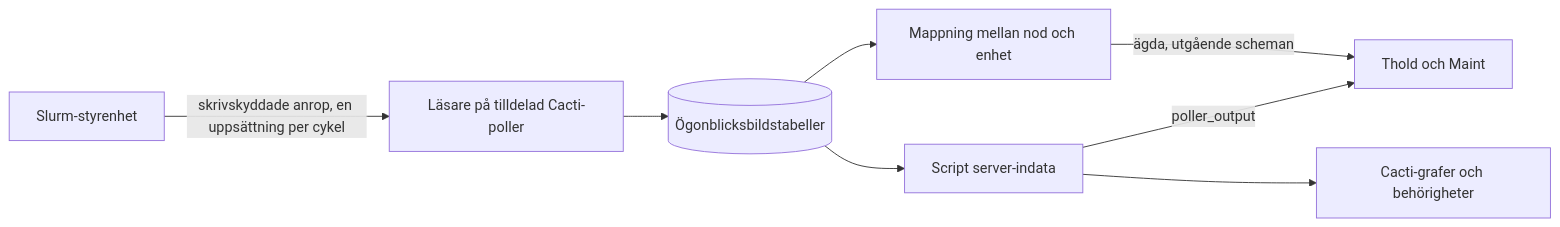
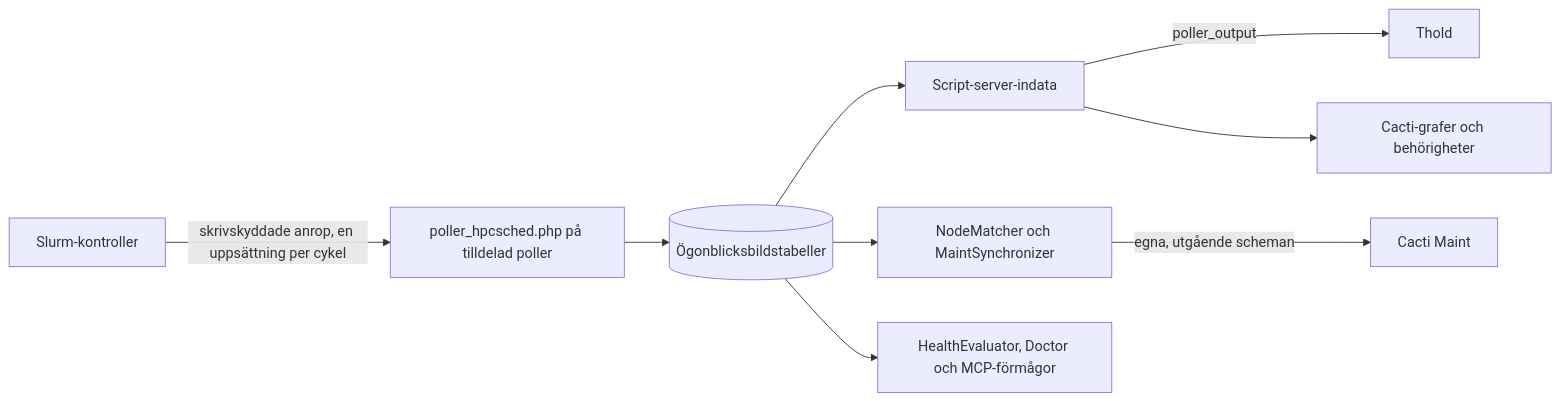
Before and after one commit to somethingwithproof/plugin_hpcsched: the diagram in docs/i18n/sv-SE/README.md, drawn with Mermaid. The commit also changed other lines of this file and 48 other files, not shown here.

````diff
--- a/docs/i18n/sv-SE/README.md
+++ b/docs/i18n/sv-SE/README.md
@@ -99,10 +163,11 @@
 ```mermaid
 flowchart LR
-    S[Slurm-styrenhet] -->|skrivskyddade anrop, en uppsättning per cykel| R[Läsare på tilldelad Cacti-poller]
+    S[Slurm-kontroller] -->|skrivskyddade anrop, en uppsättning per cykel| R[poller_hpcsched.php på tilldelad poller]
     R --> SNAP[(Ögonblicksbildstabeller)]
-    SNAP --> SS[Script server-indata]
-    SS -->|poller_output| T[Thold och Maint]
+    SNAP --> SS[Script-server-indata]
+    SS -->|poller_output| T[Thold]
     SS --> G[Cacti-grafer och behörigheter]
-    SNAP --> MAP[Mappning mellan nod och enhet]
-    MAP -->|ägda, utgående scheman| T
+    SNAP --> MAP[NodeMatcher och MaintSynchronizer]
+    MAP -->|egna, utgående scheman| M[Cacti Maint]
+    SNAP --> H[HealthEvaluator, Doctor och MCP-förmågor]
 ```
````
